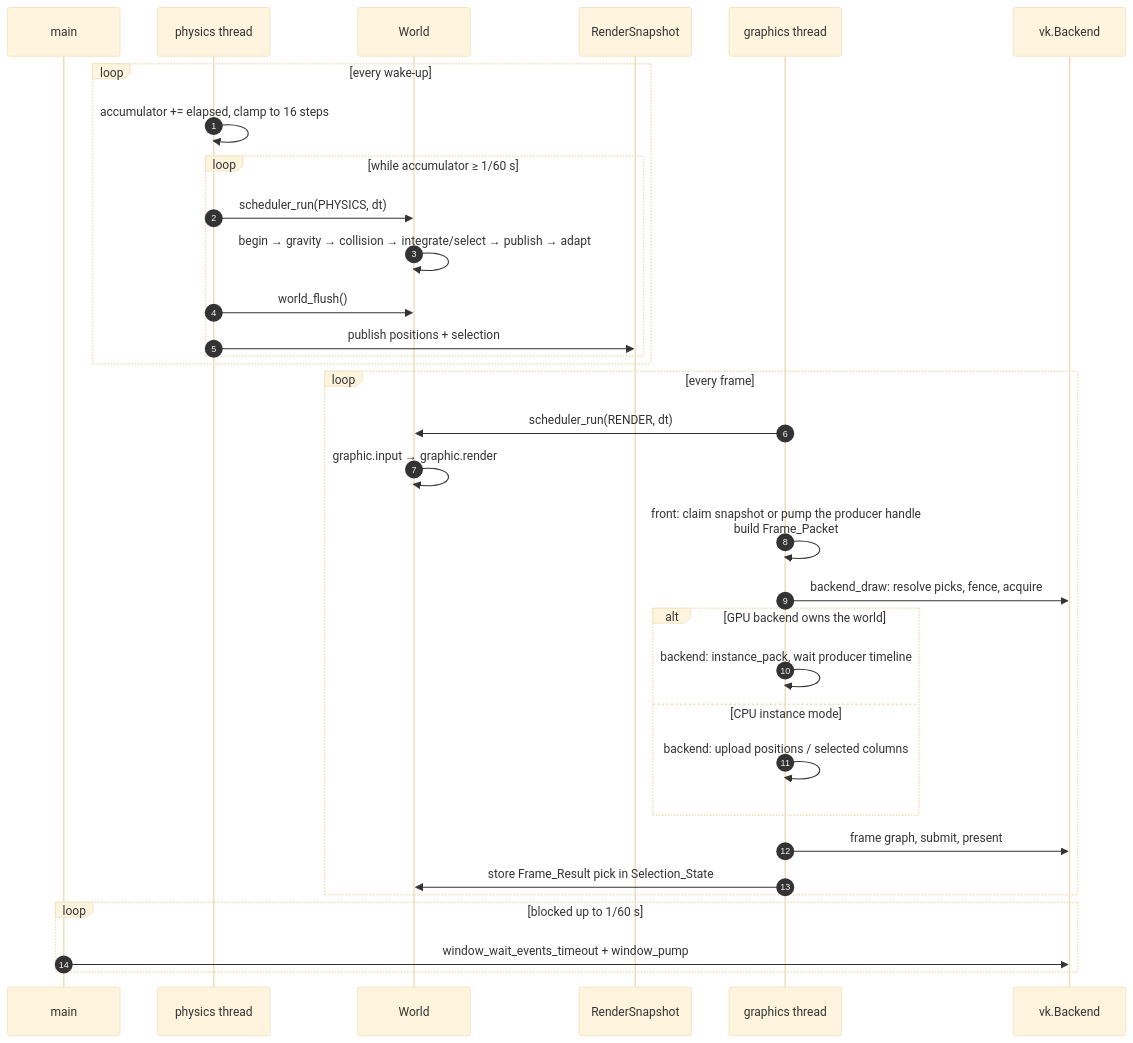
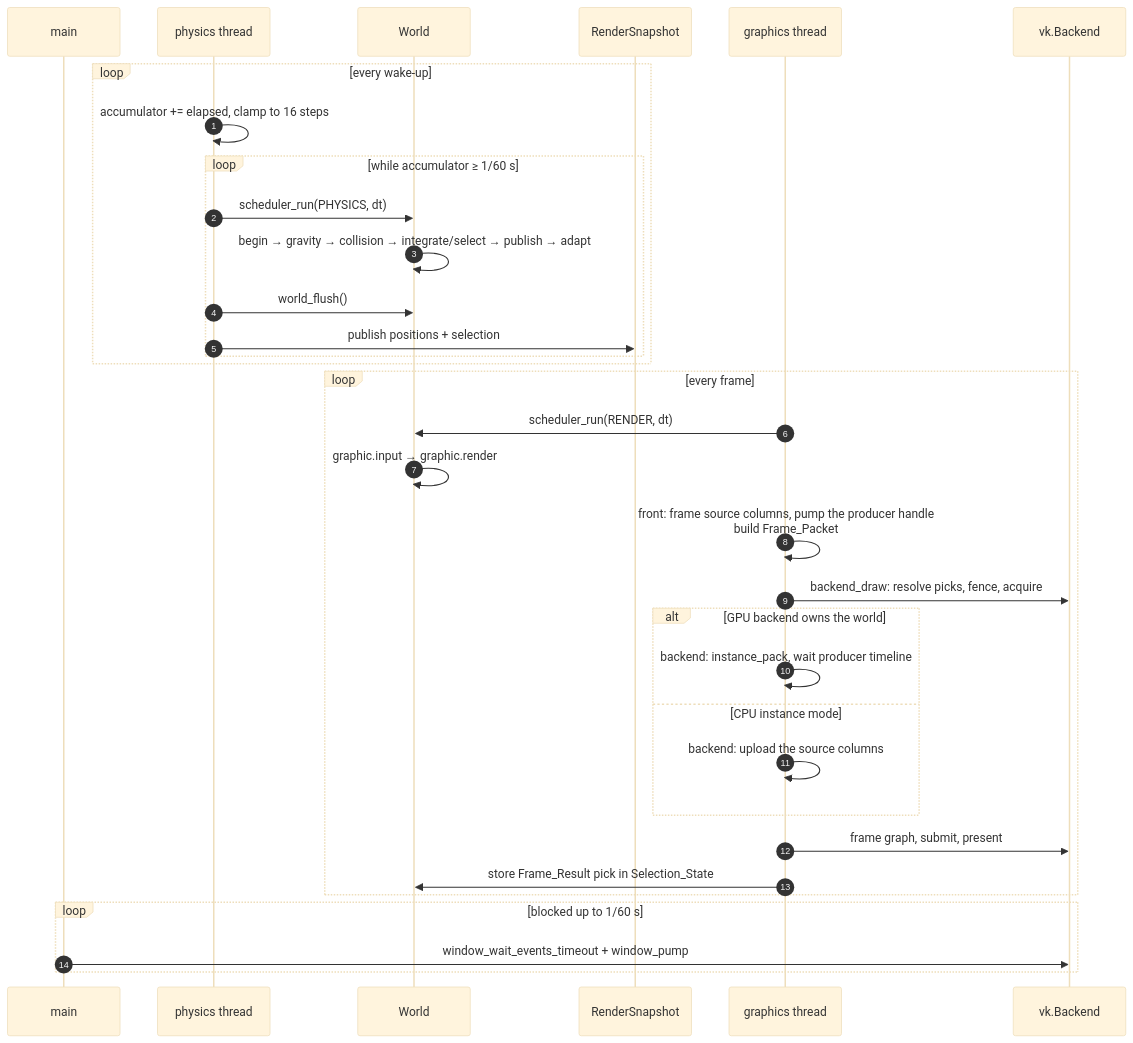
Before and after one commit to TanukiConDos/Gravity-Simulator: the fifth of 7 diagrams in docs/architecture.md, drawn with Mermaid (base theme). The commit also changed other lines of this file and 5 other files, not shown here.

First line of the commit message:
docs: physics integrates with graphics (main -> physic -> front -> backend)

````diff
--- a/docs/architecture.md
+++ b/docs/architecture.md
@@ -202,38 +209,38 @@
 ```mermaid
 sequenceDiagram
     autonumber
     participant M as main
     participant P as physics thread
     participant W as World
     participant S as RenderSnapshot
     participant G as graphics thread
     participant V as vk.Backend
 
     loop every wake-up
         P->>P: accumulator += elapsed, clamp to 16 steps
         loop while accumulator ≥ 1/60 s
             P->>W: scheduler_run(PHYSICS, dt)
             W->>W: begin → gravity → collision → integrate/select → publish → adapt
             P->>W: world_flush()
             P->>S: publish positions + selection
         end
     end
 
     loop every frame
         G->>W: scheduler_run(RENDER, dt)
         W->>W: graphic.input → graphic.render
-        G->>G: front: claim snapshot or pump the producer handle<br/>build Frame_Packet
+        G->>G: front: frame source columns, pump the producer handle<br/>build Frame_Packet
         G->>V: backend_draw: resolve picks, fence, acquire
         alt GPU backend owns the world
             G->>G: backend: instance_pack, wait producer timeline
         else CPU instance mode
-            G->>G: backend: upload positions / selected columns
+            G->>G: backend: upload the source columns
         end
         G->>V: frame graph, submit, present
         G->>W: store Frame_Result pick in Selection_State
     end
 
     loop blocked up to 1/60 s
         M->>V: window_wait_events_timeout + window_pump
     end
 ```
````
